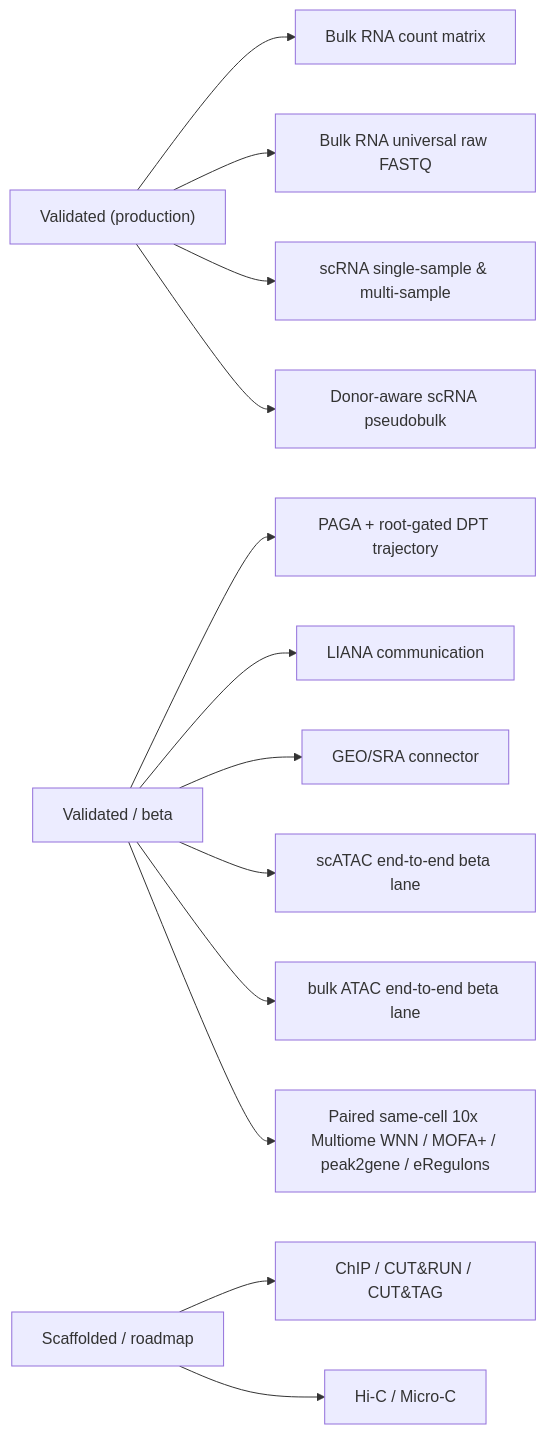
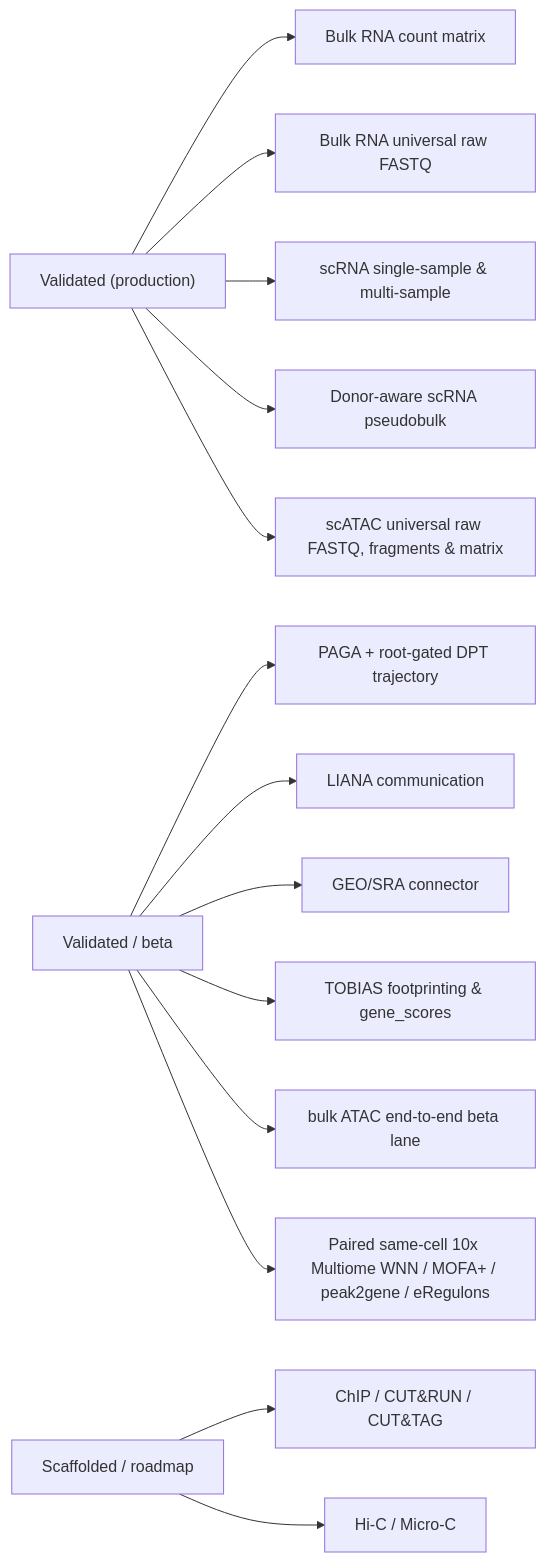
Before and after one commit to Olascoaga/aria-omics: the diagram in docs/diagrams/validation_boundary.mmd, drawn with Mermaid. The commit also changed 41 other files, not shown here.

Commit message:
feat(chromatin): universal multi-platform scATAC engine and promote scATAC to production (ADR-076)

```diff
--- a/docs/diagrams/validation_boundary.mmd
+++ b/docs/diagrams/validation_boundary.mmd
@@ -1,13 +1,14 @@
 flowchart LR
     A["Validated (production)"] --> A1[Bulk RNA count matrix]
     A --> A5[Bulk RNA universal raw FASTQ]
     A --> A2[scRNA single-sample & multi-sample]
     A --> A4[Donor-aware scRNA pseudobulk]
+    A --> A6[scATAC universal raw FASTQ, fragments & matrix]
     B[Validated / beta] --> B2[PAGA + root-gated DPT trajectory]
     B --> B3[LIANA communication]
     B --> B4[GEO/SRA connector]
-    B --> B5[scATAC end-to-end beta lane]
+    B --> B5[TOBIAS footprinting & gene_scores]
     B --> B6[bulk ATAC end-to-end beta lane]
     B --> B7[Paired same-cell 10x Multiome WNN / MOFA+ / peak2gene / eRegulons]
     C[Scaffolded / roadmap] --> C1[ChIP / CUT&RUN / CUT&TAG]
     C --> C2[Hi-C / Micro-C]
```
